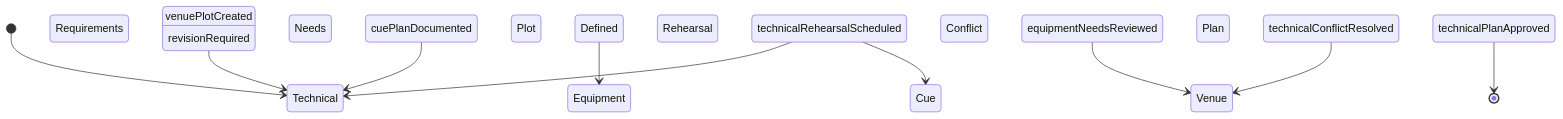
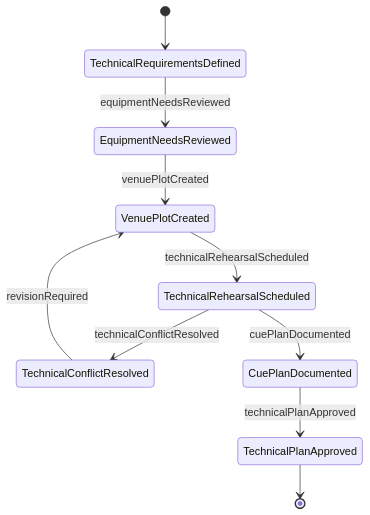
The second of 4 diagrams in CommunicatingWithSupervisorsPeersOrSubordinates/CommunicateWithOthersAboutSpecificationsOrProjectDetails/CollaborateOthersDetermineTechnicalDetails.mdx (dot-org-ai/tasks.org.ai), drawn with Mermaid before and after one commit. The commit also changed 515 other files, not shown here.

````diff
--- a/CommunicatingWithSupervisorsPeersOrSubordinates/CommunicateWithOthersAboutSpecificationsOrProjectDetails/CollaborateOthersDetermineTechnicalDetails.mdx
+++ b/CommunicatingWithSupervisorsPeersOrSubordinates/CommunicateWithOthersAboutSpecificationsOrProjectDetails/CollaborateOthersDetermineTechnicalDetails.mdx
@@ -98,12 +98,12 @@
 ```mermaid
 stateDiagram-v2
-    [*] --> Technical Requirements Defined
-    Technical Requirements Defined --> Equipment Needs Reviewed : equipmentNeedsReviewed
-    Equipment Needs Reviewed --> Venue Plot Created : venuePlotCreated
-    Venue Plot Created --> Technical Rehearsal Scheduled : technicalRehearsalScheduled
-    Technical Rehearsal Scheduled --> Technical Conflict Resolved : technicalConflictResolved
-    Technical Conflict Resolved --> Venue Plot Created : revisionRequired
-    Technical Rehearsal Scheduled --> Cue Plan Documented : cuePlanDocumented
-    Cue Plan Documented --> Technical Plan Approved : technicalPlanApproved
-    Technical Plan Approved --> [*]
+    [*] --> TechnicalRequirementsDefined
+    TechnicalRequirementsDefined --> EquipmentNeedsReviewed : equipmentNeedsReviewed
+    EquipmentNeedsReviewed --> VenuePlotCreated : venuePlotCreated
+    VenuePlotCreated --> TechnicalRehearsalScheduled : technicalRehearsalScheduled
+    TechnicalRehearsalScheduled --> TechnicalConflictResolved : technicalConflictResolved
+    TechnicalConflictResolved --> VenuePlotCreated : revisionRequired
+    TechnicalRehearsalScheduled --> CuePlanDocumented : cuePlanDocumented
+    CuePlanDocumented --> TechnicalPlanApproved : technicalPlanApproved
+    TechnicalPlanApproved --> [*]
 ```
````
